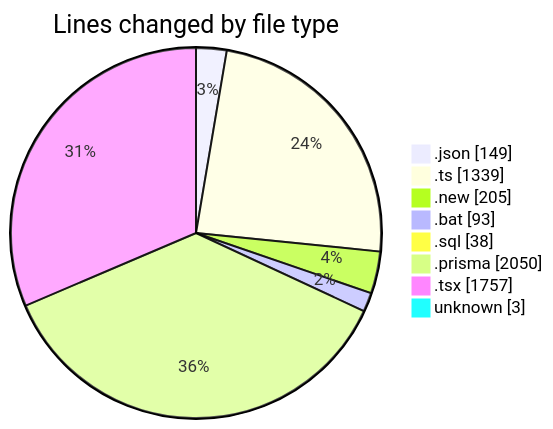
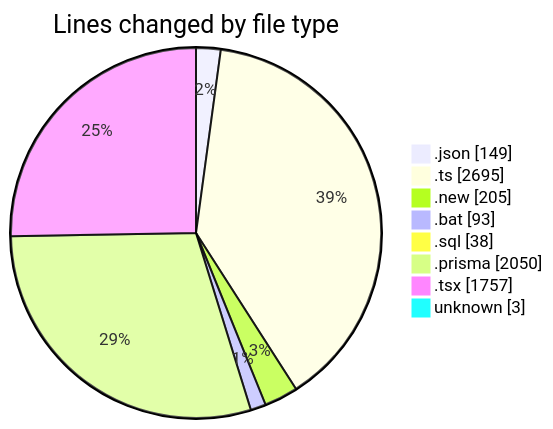
One commit to CELIANVF/code-tracking changed the first of 2 diagrams in 2025-05-20/ecodeli-1/README.md. Above: the diagram before and after it, drawn with Mermaid. The commit also changed other lines of this file and 1 other file, not shown here.

````diff
--- a/2025-05-20/ecodeli-1/README.md
+++ b/2025-05-20/ecodeli-1/README.md
@@ -42,12 +43,12 @@
 ```mermaid
 pie showData
 title Lines changed by file type
 ".json" : 149
-".ts" : 1339
+".ts" : 2695
 ".new" : 205
 ".bat" : 93
 ".sql" : 38
 ".prisma" : 2050
 ".tsx" : 1757
 "unknown" : 3
 ```
````
